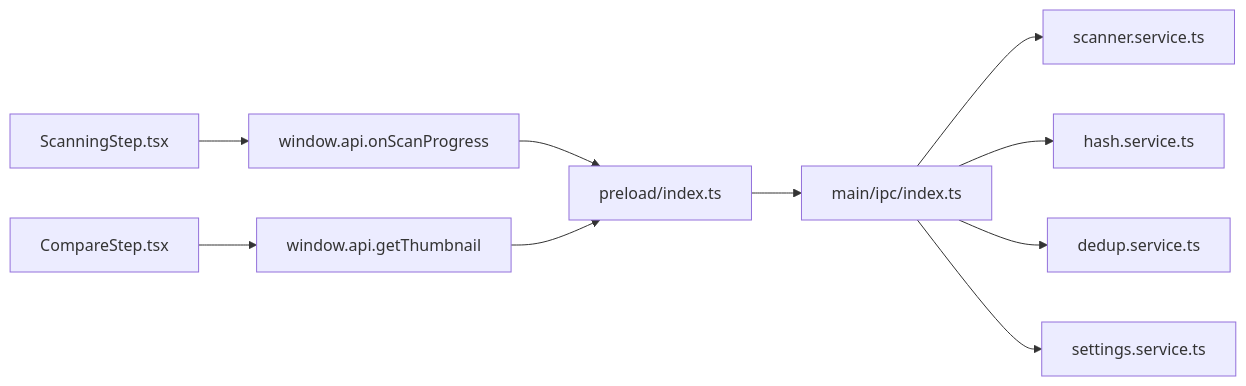
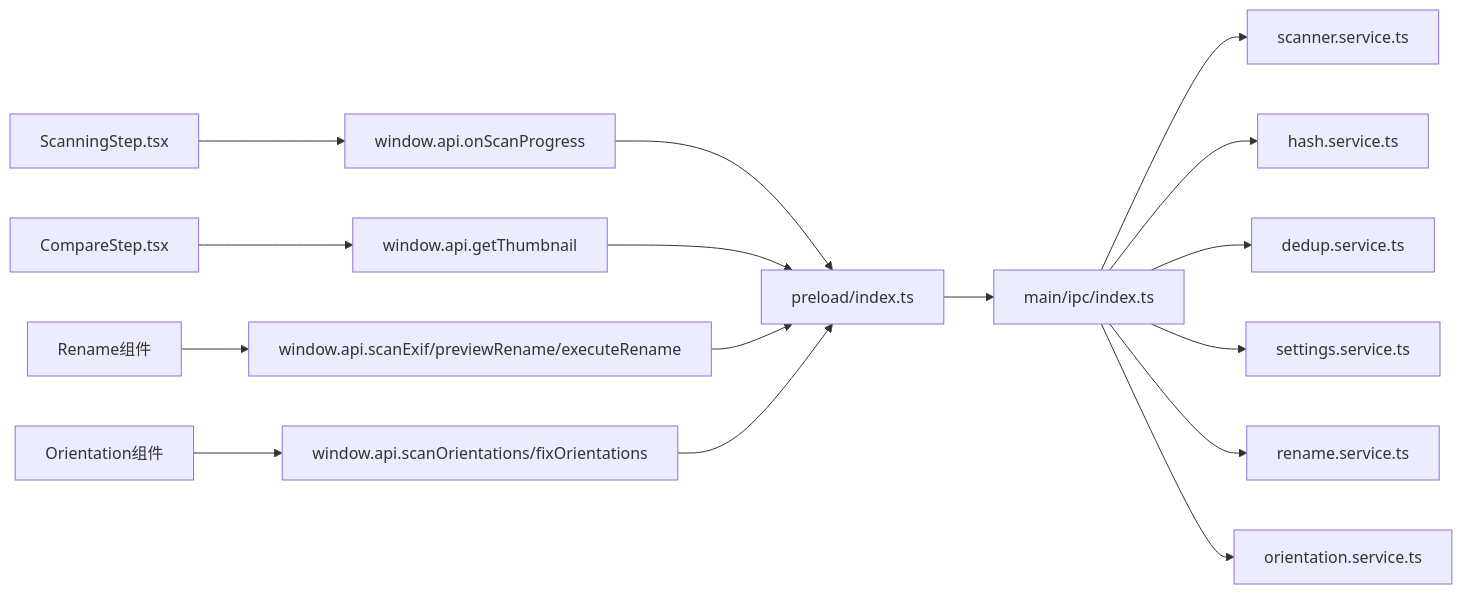
Before and after one commit to remgasuki/ReDoPhoto: the tenth of 10 diagrams in .qoder/repowiki/zh/content/IPC通信层/IPC通信层.md, drawn with Mermaid. The commit also changed other lines of this file and 10 other files, not shown here.

````diff
--- a/.qoder/repowiki/zh/content/IPC通信层/IPC通信层.md
+++ b/.qoder/repowiki/zh/content/IPC通信层/IPC通信层.md
@@ -317,12 +409,18 @@
 ```mermaid
 graph LR
 R1["ScanningStep.tsx"] --> A1["window.api.onScanProgress"]
 R2["CompareStep.tsx"] --> A2["window.api.getThumbnail"]
+R3["Rename组件"] --> A3["window.api.scanExif/previewRename/executeRename"]
+R4["Orientation组件"] --> A4["window.api.scanOrientations/fixOrientations"]
 A1 --> P1["preload/index.ts"]
 A2 --> P1
+A3 --> P1
+A4 --> P1
 P1 --> M1["main/ipc/index.ts"]
 M1 --> S1["scanner.service.ts"]
 M1 --> S2["hash.service.ts"]
 M1 --> S3["dedup.service.ts"]
 M1 --> S4["settings.service.ts"]
+M1 --> S5["rename.service.ts"]
+M1 --> S6["orientation.service.ts"]
 ```
````
